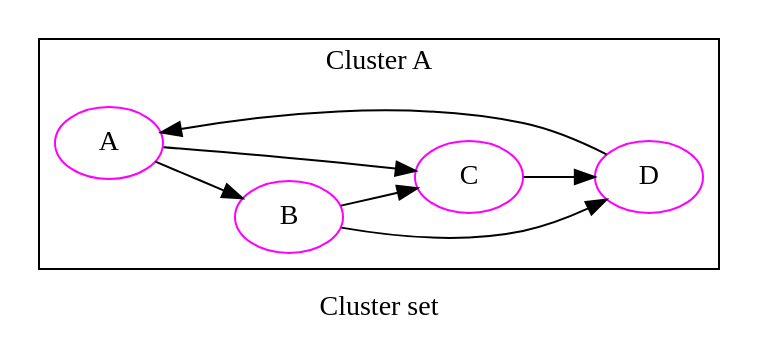
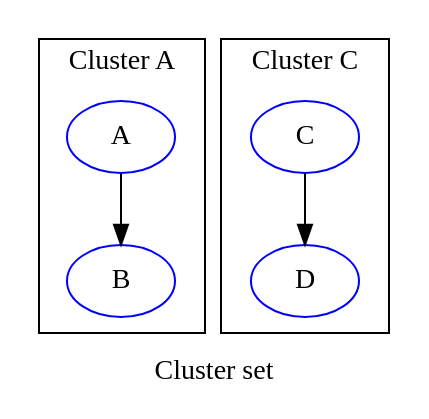
Before and after one commit to graphviz-perl/GraphViz2-Marpa-PathUtils: the diagram in data/04.clusters.out.gv, drawn with Graphviz. The commit also changed 34 other files, not shown here.

```diff
--- a/data/04.clusters.out.gv
+++ b/data/04.clusters.out.gv
@@ -1,28 +1,22 @@
-digraph graph_04
+digraph graph_03
 {
-graph [ label="Cluster set" rankdir="LR" ]
+graph [ label="Cluster set" rankdir="TB" ]
 
 subgraph "cluster A"
 {
-graph [ label="Cluster A" rankdir="LR" ]
+graph [ label="Cluster A" rankdir="TB" ]
 
-"A" [ color="magenta" ]
-"B" [ color="magenta" ]
+"A" [ color="blue" ]
+"B" [ color="blue" ]
 "A" -> "B" [ label="" ]
-"A" [ color="magenta" ]
-"C" [ color="magenta" ]
-"A" -> "C" [ label="" ]
-"B" [ color="magenta" ]
-"C" [ color="magenta" ]
-"B" -> "C" [ label="" ]
-"B" [ color="magenta" ]
-"D" [ color="magenta" ]
-"B" -> "D" [ label="" ]
-"C" [ color="magenta" ]
-"D" [ color="magenta" ]
+}
+
+subgraph "cluster C"
+{
+graph [ label="Cluster C" rankdir="TB" ]
+
+"C" [ color="blue" ]
+"D" [ color="blue" ]
 "C" -> "D" [ label="" ]
-"D" [ color="magenta" ]
-"A" [ color="magenta" ]
-"D" -> "A" [ label="" ]
 }
 }
```
